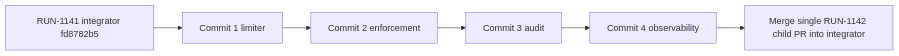
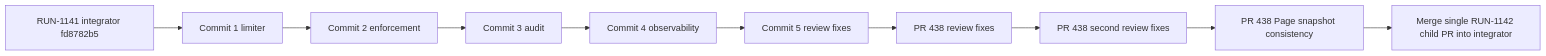
Before and after one commit to NeuralTrust/TrustGate: the diagram in openspec/changes/api-key-connect-security-observability/tasks.md, drawn with Mermaid. The commit also changed other lines of this file and 16 other files, not shown here.

````diff
--- a/openspec/changes/api-key-connect-security-observability/tasks.md
+++ b/openspec/changes/api-key-connect-security-observability/tasks.md
@@ -36,8 +39,12 @@
 ```mermaid
 flowchart LR
   B[RUN-1141 integrator fd8782b5] --> C1[Commit 1 limiter]
   C1 --> C2[Commit 2 enforcement]
   C2 --> C3[Commit 3 audit]
   C3 --> C4[Commit 4 observability]
-  C4 --> M[Merge single RUN-1142 child PR into integrator]
+  C4 --> C5[Commit 5 review fixes]
+  C5 --> C6[PR 438 review fixes]
+  C6 --> C7[PR 438 second review fixes]
+  C7 --> C8[PR 438 Page snapshot consistency]
+  C8 --> M[Merge single RUN-1142 child PR into integrator]
 ```
````
